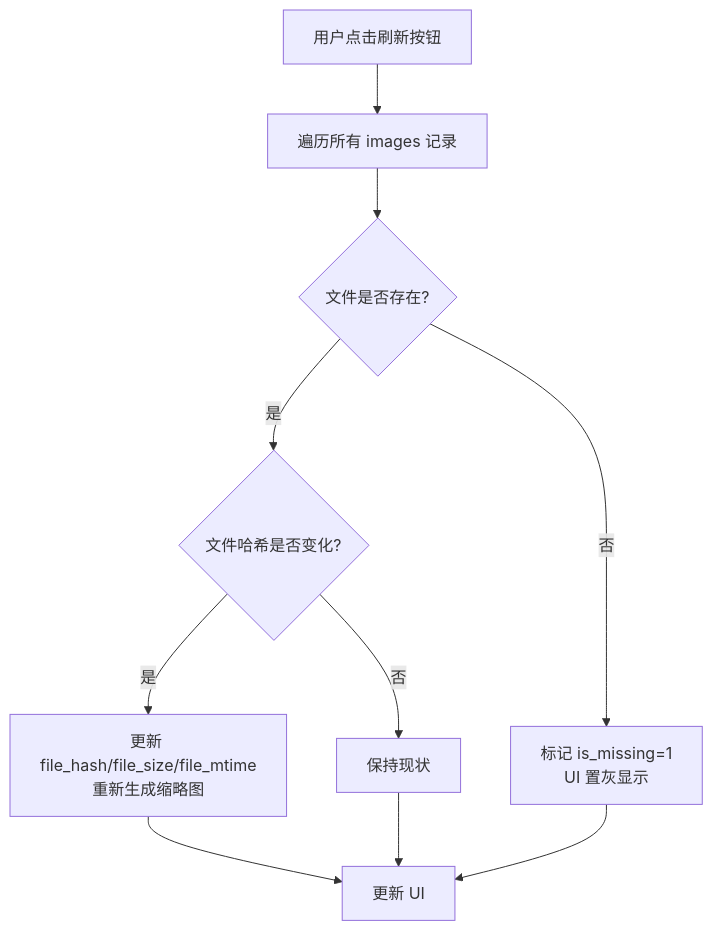
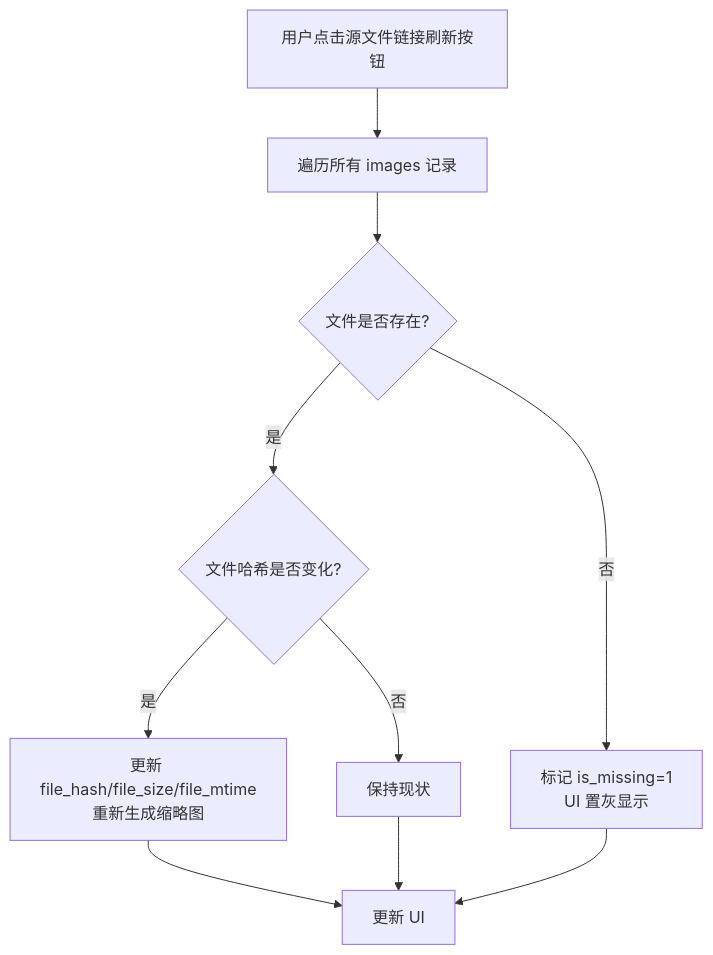
One commit to Niazye/pic_tagger changed the fifth of 8 diagrams in docs/design.md. Above: the diagram before and after it, drawn with Mermaid. The commit also changed other lines of this file and 1 other file, not shown here.

````diff
--- a/docs/design.md
+++ b/docs/design.md
@@ -449,12 +451,12 @@
 ```mermaid
 flowchart TD
-    A[用户点击刷新按钮] --> B[遍历所有 images 记录]
+    A[用户点击源文件链接刷新按钮] --> B[遍历所有 images 记录]
     B --> C{文件是否存在?}
     C -- 是 --> D{文件哈希是否变化?}
     D -- 是 --> E[更新 file_hash/file_size/file_mtime<br/>重新生成缩略图]
     D -- 否 --> F[保持现状]
     C -- 否 --> G[标记 is_missing=1<br/>UI 置灰显示]
     E --> H[更新 UI]
     F --> H
     G --> H
 ```
````
